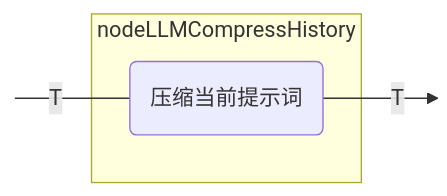
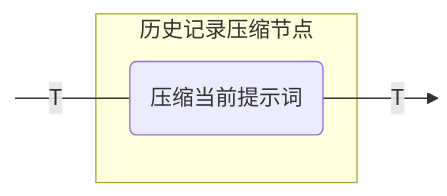
One commit to BinaryTape/Open-Docs changed the tenth of 15 diagrams in docs/koog/nodes-and-components.md. Above: the diagram before and after it, drawn with Mermaid. The commit also changed other lines of this file and 164 other files, not shown here.

````diff
--- a/docs/koog/nodes-and-components.md
+++ b/docs/koog/nodes-and-components.md
@@ -476,13 +474,13 @@
 ```mermaid
 graph LR
     in:::hidden
     out:::hidden
     
-    subgraph node ["nodeLLMCompressHistory"]
+    subgraph node ["历史记录压缩节点"]
         execute(压缩当前提示词)
     end
     
     in ---|T| execute --T--> out
 
     classDef hidden display: none;
 ```
````
